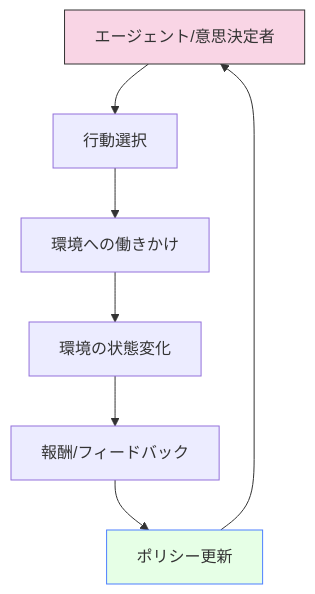
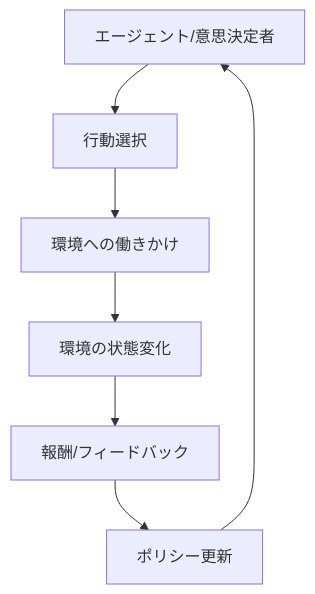
Before and after one commit to shuji-bonji/Situational-Awareness-and-Decision-Making: the second of 6 diagrams in docs/ai-and-future/ai-dm-context.md, drawn with Mermaid. The commit also changed other lines of this file and 49 other files, not shown here.

Commit message:
fix: ダークモードで見づらい図の色の変更

````diff
--- a/docs/ai-and-future/ai-dm-context.md
+++ b/docs/ai-and-future/ai-dm-context.md
@@ -152,12 +148,9 @@
     ```mermaid
     graph TD
         A[エージェント/意思決定者] --> B[行動選択]
         B --> C[環境への働きかけ]
         C --> D[環境の状態変化]
         D --> E[報酬/フィードバック]
         E --> F[ポリシー更新]
         F --> A
-        
-        style A fill:#f9d5e5,stroke:#333
-        style F fill:#e6ffe6,stroke:#4d7fff
     ```
````
